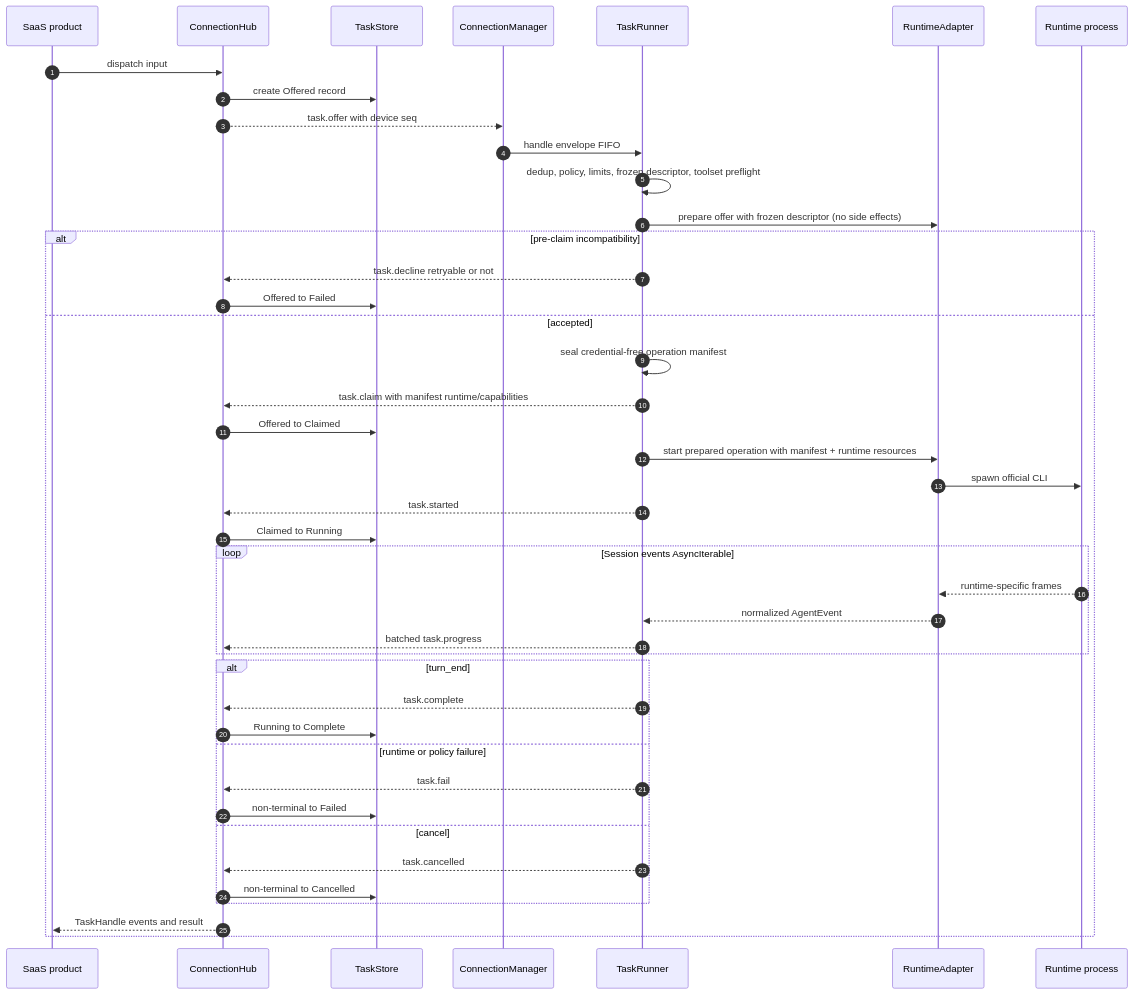
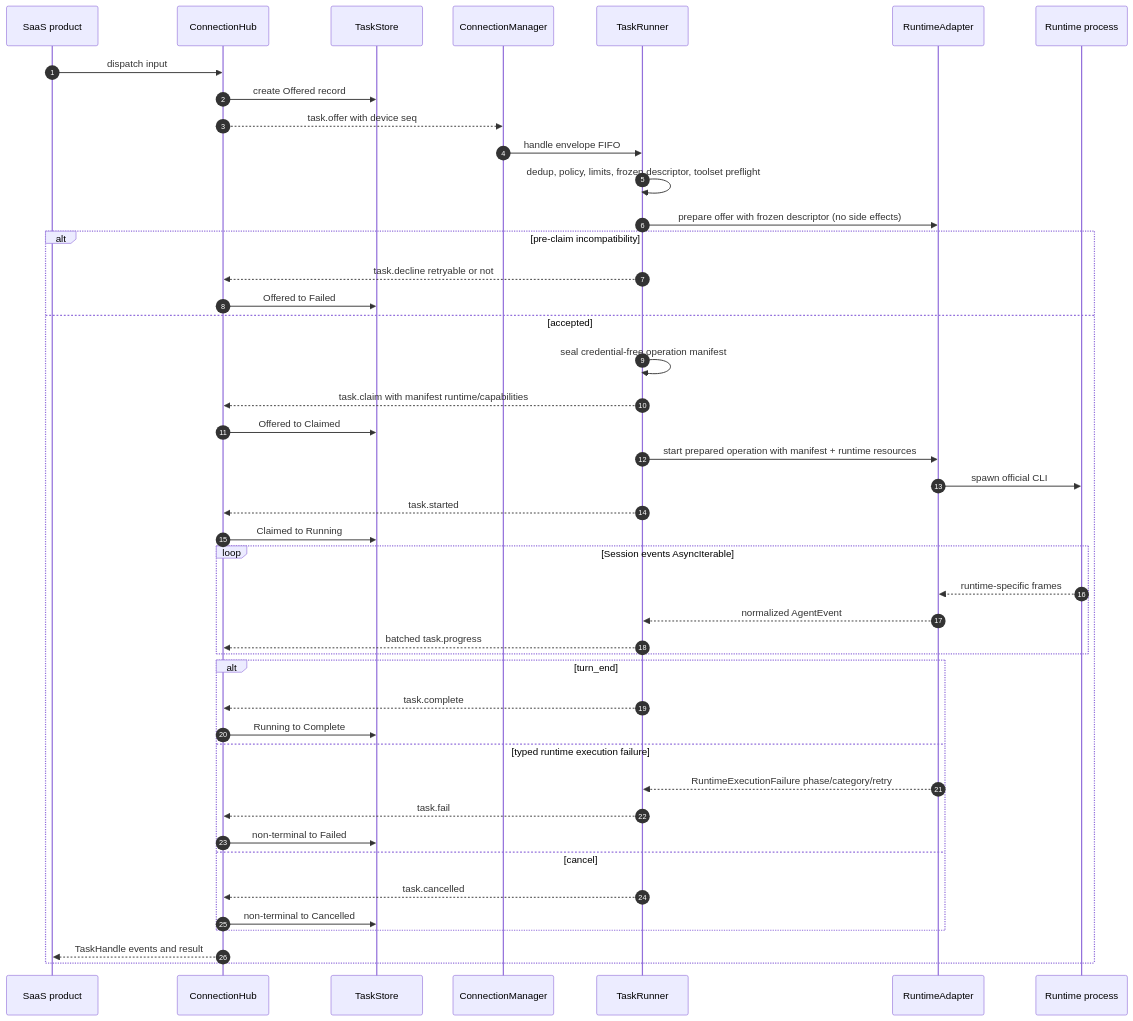
Before and after one commit to Ancienttwo/byok-sdk: diagram 12 of 23 in docs/architecture/sdk-architecture.md, drawn with Mermaid. The commit also changed other lines of this file and 26 other files, not shown here.

Commit message:
feat(client): type runtime execution failures

````diff
--- a/docs/architecture/sdk-architecture.md
+++ b/docs/architecture/sdk-architecture.md
@@ -747,46 +762,47 @@
 ```mermaid
 sequenceDiagram
   autonumber
   participant App as SaaS product
   participant Hub as ConnectionHub
   participant Store as TaskStore
   participant CM as ConnectionManager
   participant TR as TaskRunner
   participant AD as RuntimeAdapter
   participant Proc as Runtime process
 
   App->>Hub: dispatch input
   Hub->>Store: create Offered record
   Hub-->>CM: task.offer with device seq
   CM->>TR: handle envelope FIFO
   TR->>TR: dedup, policy, limits, frozen descriptor, toolset preflight
   TR->>AD: prepare offer with frozen descriptor (no side effects)
   alt pre-claim incompatibility
     TR-->>Hub: task.decline retryable or not
     Hub->>Store: Offered to Failed
   else accepted
     TR->>TR: seal credential-free operation manifest
     TR-->>Hub: task.claim with manifest runtime/capabilities
     Hub->>Store: Offered to Claimed
     TR->>AD: start prepared operation with manifest + runtime resources
     AD->>Proc: spawn official CLI
     TR-->>Hub: task.started
     Hub->>Store: Claimed to Running
     loop Session events AsyncIterable
       Proc-->>AD: runtime-specific frames
       AD-->>TR: normalized AgentEvent
       TR-->>Hub: batched task.progress
     end
     alt turn_end
       TR-->>Hub: task.complete
       Hub->>Store: Running to Complete
-    else runtime or policy failure
+    else typed runtime execution failure
+      AD-->>TR: RuntimeExecutionFailure phase/category/retry
       TR-->>Hub: task.fail
       Hub->>Store: non-terminal to Failed
     else cancel
       TR-->>Hub: task.cancelled
       Hub->>Store: non-terminal to Cancelled
     end
     Hub-->>App: TaskHandle events and result
   end
 ```
````
